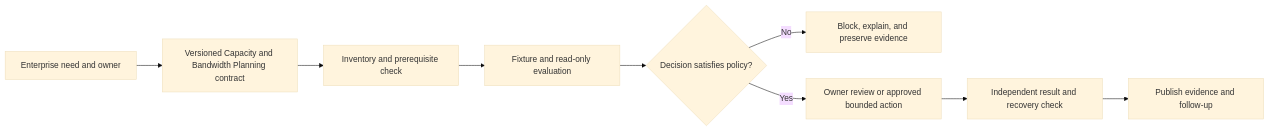
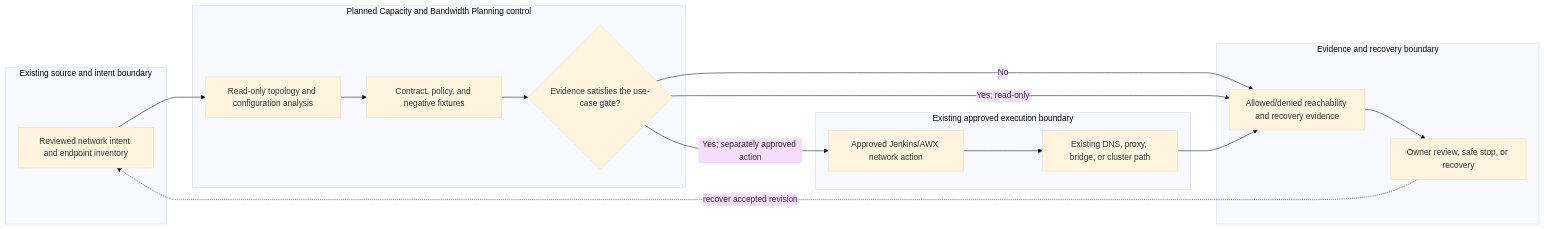
Before and after one commit to MIDHTECH/enterprise-architecture-docs: the diagram in docs/use-cases/network/UC-NET-031-capacity-and-bandwidth-planning.md, drawn with Mermaid (base theme). The commit also changed other lines of this file and 227 other files, not shown here.

Commit message:
Deepen architecture for all use case designs

````diff
--- a/docs/use-cases/network/UC-NET-031-capacity-and-bandwidth-planning.md
+++ b/docs/use-cases/network/UC-NET-031-capacity-and-bandwidth-planning.md
@@ -136,11 +129,25 @@
 ```mermaid
 flowchart LR
-    Need["Enterprise need and owner"] --> Contract["Versioned Capacity and Bandwidth Planning contract"]
-    Contract --> Preflight["Inventory and prerequisite check"]
-    Preflight --> Evaluate["Fixture and read-only evaluation"]
-    Evaluate --> Decision{"Decision satisfies policy?"}
-    Decision -->|No| Stop["Block, explain, and preserve evidence"]
-    Decision -->|Yes| Review["Owner review or approved bounded action"]
-    Review --> Verify["Independent result and recovery check"]
-    Verify --> Publish["Publish evidence and follow-up"]
+    subgraph Source["Existing source and intent boundary"]
+        A["Reviewed network intent and endpoint inventory"]
+    end
+    subgraph Planned["Planned Capacity and Bandwidth Planning control"]
+        B["Read-only topology and configuration analysis"]
+        C["Contract, policy, and negative fixtures"]
+        D{"Evidence satisfies the use-case gate?"}
+    end
+    subgraph Runtime["Existing approved execution boundary"]
+        E["Approved Jenkins/AWX network action"]
+        F["Existing DNS, proxy, bridge, or cluster path"]
+    end
+    subgraph Assurance["Evidence and recovery boundary"]
+        G["Allowed/denied reachability and recovery evidence"]
+        H["Owner review, safe stop, or recovery"]
+    end
+
+    A --> B --> C --> D
+    D -->|No| G --> H
+    D -->|Yes; read-only| G
+    D -->|Yes; separately approved action| E --> F --> G
+    H -. recover accepted revision .-> A
 ```
````
